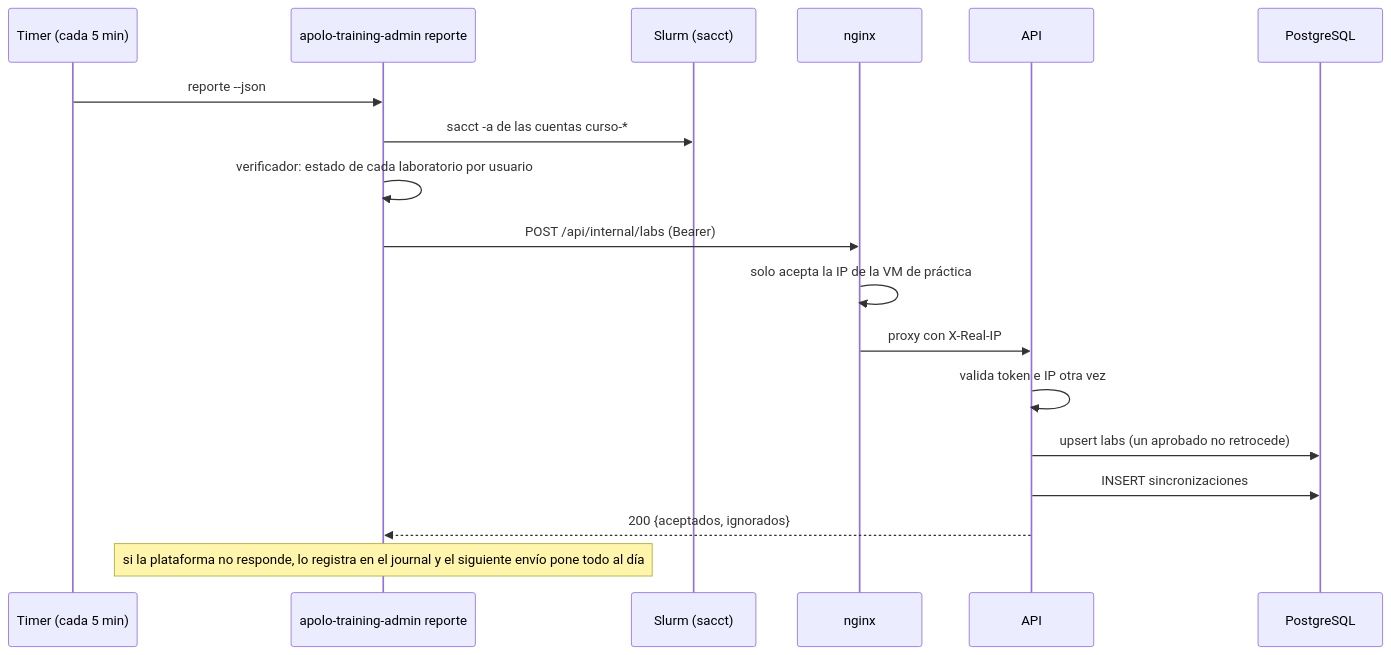
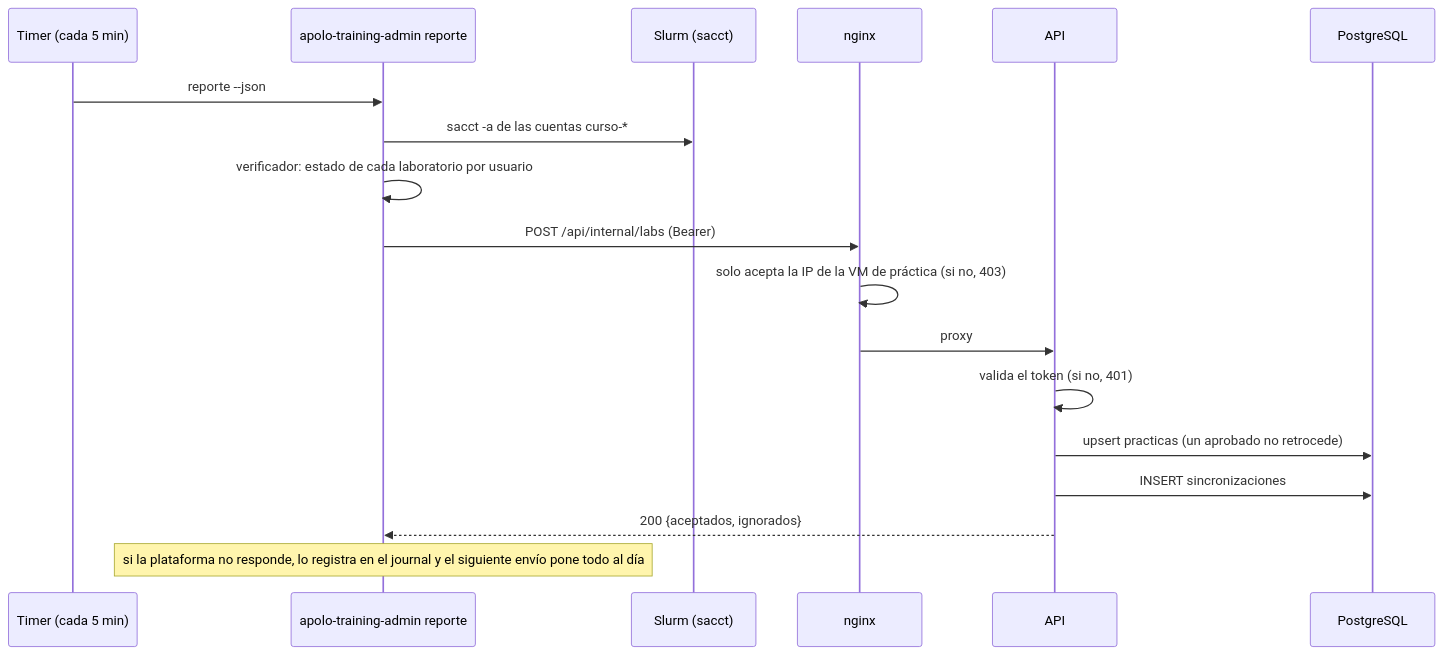
The fourth of 6 diagrams in docs/diseno/flujos.md (eafit-apolo/apolo-training), drawn with Mermaid before and after one commit. The commit also changed other lines of this file and 20 other files, not shown here.

````diff
--- a/docs/diseno/flujos.md
+++ b/docs/diseno/flujos.md
@@ -178,21 +178,21 @@
 ```mermaid
 sequenceDiagram
   participant T as Timer (cada 5 min)
   participant C as apolo-training-admin reporte
   participant S as Slurm (sacct)
   participant N as nginx
   participant API as API
   participant DB as PostgreSQL
 
   T->>C: reporte --json
   C->>S: sacct -a de las cuentas curso-*
   C->>C: verificador: estado de cada laboratorio por usuario
   C->>N: POST /api/internal/labs (Bearer)
-  N->>N: solo acepta la IP de la VM de práctica
-  N->>API: proxy con X-Real-IP
-  API->>API: valida token e IP otra vez
-  API->>DB: upsert labs (un aprobado no retrocede)
+  N->>N: solo acepta la IP de la VM de práctica (si no, 403)
+  N->>API: proxy
+  API->>API: valida el token (si no, 401)
+  API->>DB: upsert practicas (un aprobado no retrocede)
   API->>DB: INSERT sincronizaciones
   API-->>C: 200 {aceptados, ignorados}
   Note over C: si la plataforma no responde, lo registra en el journal y el siguiente envío pone todo al día
 ```
````
